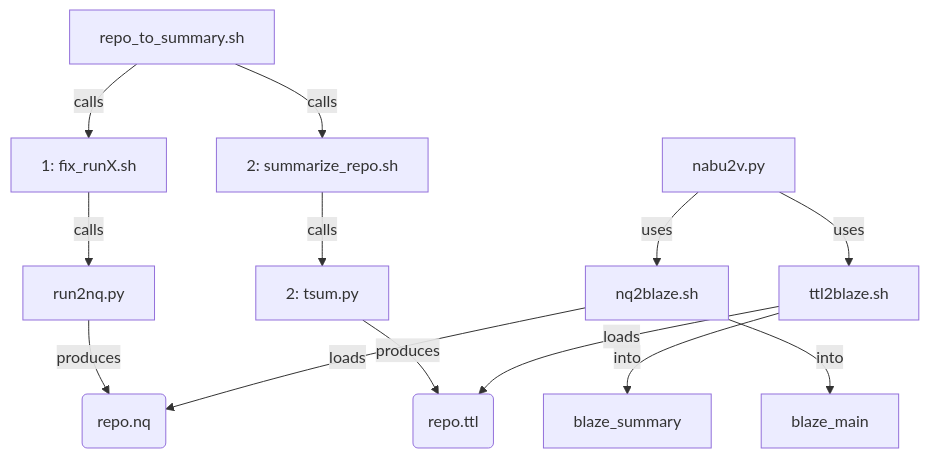
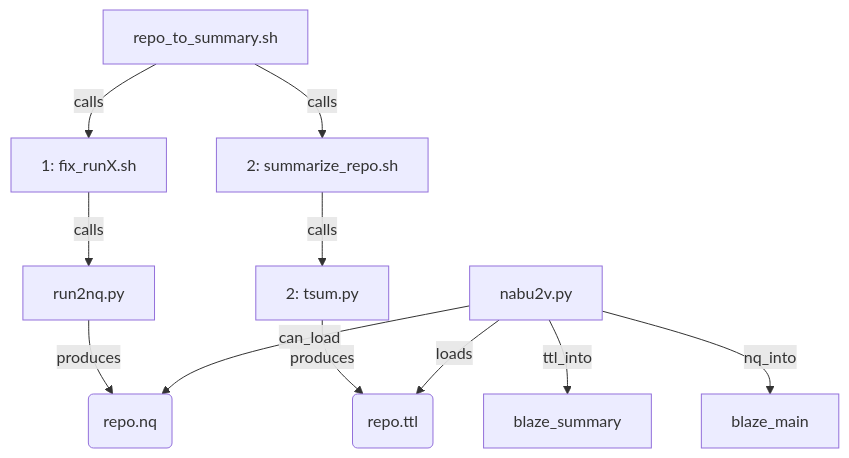
The diagram in summary/nabu2v.md (MBcode/ec), drawn with Mermaid before and after one commit. The commit also changed 1 other file, not shown here.

Commit message:
changes to come

````diff
--- a/summary/nabu2v.md
+++ b/summary/nabu2v.md
@@ -5,12 +5,12 @@
 ```mermaid
 flowchart TD;
 R2S[repo_to_summary.sh]  -- calls --> G[1: fix_runX.sh];
 G -- calls --> r2n[run2nq.py];
 R2S -- calls --> SR[2: summarize_repo.sh];
 SR -- calls --> F2[2: tsum.py] -- produces --> RT(repo.ttl);
 r2n -- produces --> nq(repo.nq);
-nabu2v[nabu2v.py] -- uses --> ttl2[ttl2blaze.sh] -- loads --> RT;
-nabu2v -- uses --> nq2[nq2blaze.sh] -- loads --> nq; 
-ttl2 -- into --> Bs[blaze_summary];
-nq2 -- into --> Bm[blaze_main];
+nabu2v[nabu2v.py] -- loads --> RT;
+nabu2v -- can_load --> nq; 
+nabu2v -- ttl_into --> Bs[blaze_summary];
+nabu2v -- nq_into --> Bm[blaze_main];
 ```
````
